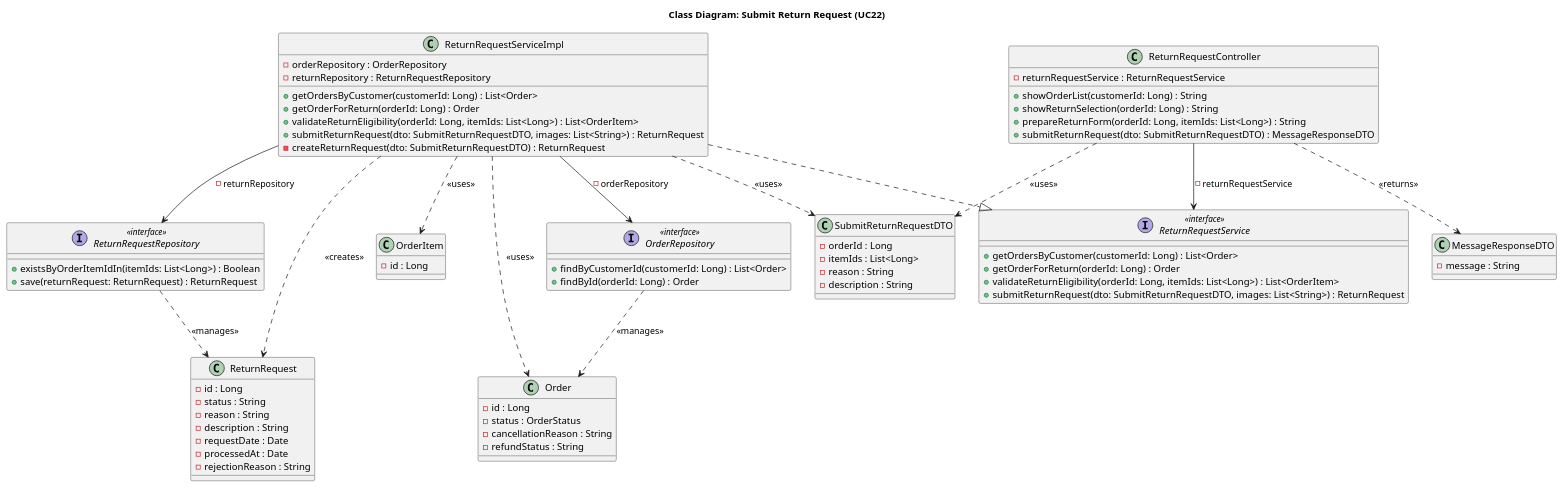
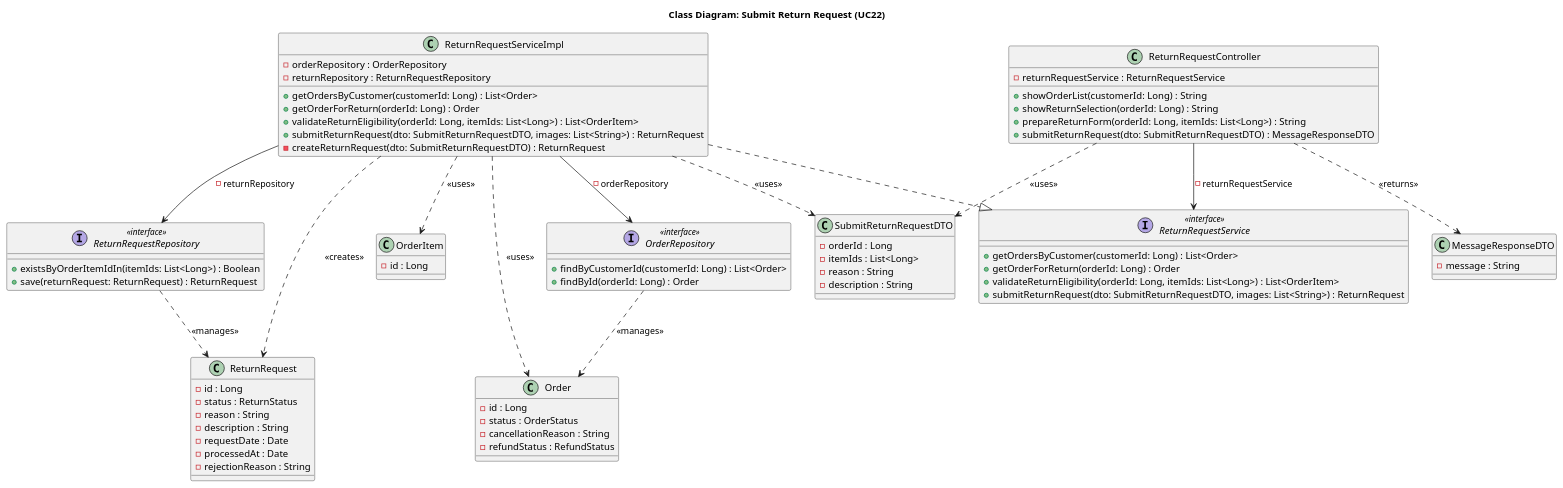
The diagram in src/main/java/org/example/fashionstoresystem/uml/Class/CD22_SubmitReturnRequest.puml (Peterdir/fashion-store-system), drawn with PlantUML before and after one commit. The commit also changed 37 other files, not shown here.

```diff
--- a/src/main/java/org/example/fashionstoresystem/uml/Class/CD22_SubmitReturnRequest.puml
+++ b/src/main/java/org/example/fashionstoresystem/uml/Class/CD22_SubmitReturnRequest.puml
@@ -1,101 +1,101 @@
 @startuml
 title Class Diagram: Submit Return Request (UC22)
 
 ' Controller
 class ReturnRequestController {
     - returnRequestService : ReturnRequestService
     + showOrderList(customerId: Long) : String
     + showReturnSelection(orderId: Long) : String
     + prepareReturnForm(orderId: Long, itemIds: List<Long>) : String
     + submitReturnRequest(dto: SubmitReturnRequestDTO) : MessageResponseDTO
 }
 
 ' Service
 interface ReturnRequestService <<interface>> {
     + getOrdersByCustomer(customerId: Long) : List<Order>
     + getOrderForReturn(orderId: Long) : Order
     + validateReturnEligibility(orderId: Long, itemIds: List<Long>) : List<OrderItem>
     + submitReturnRequest(dto: SubmitReturnRequestDTO, images: List<String>) : ReturnRequest
 }
 
 class ReturnRequestServiceImpl {
     - orderRepository : OrderRepository
     - returnRepository : ReturnRequestRepository
     + getOrdersByCustomer(customerId: Long) : List<Order>
     + getOrderForReturn(orderId: Long) : Order
     + validateReturnEligibility(orderId: Long, itemIds: List<Long>) : List<OrderItem>
     + submitReturnRequest(dto: SubmitReturnRequestDTO, images: List<String>) : ReturnRequest
     - createReturnRequest(dto: SubmitReturnRequestDTO) : ReturnRequest
 }
 
 ' Repository
 interface OrderRepository <<interface>> {
     + findByCustomerId(customerId: Long) : List<Order>
     + findById(orderId: Long) : Order
 }
 
 interface ReturnRequestRepository <<interface>> {
     + existsByOrderItemIdIn(itemIds: List<Long>) : Boolean
     + save(returnRequest: ReturnRequest) : ReturnRequest
 }
 
 ' DTO
 
 class SubmitReturnRequestDTO {
     - orderId : Long
     - itemIds : List<Long>
     - reason : String
     - description : String
 }
 
 class MessageResponseDTO {
     - message : String
 }
 
 ' Entity
 
 class ReturnRequest {
     - id : Long
-    - status : String
+    - status : ReturnStatus
     - reason : String
     - description : String
     - requestDate : Date
     - processedAt : Date
     - rejectionReason : String
 }
 
 class Order {
     - id : Long
     - status : OrderStatus
     - cancellationReason : String
-    - refundStatus : String
+    - refundStatus : RefundStatus
 }
 
 class OrderItem {
     - id : Long
 }
 
 ' Relationships
 
 ' Implementation
 ReturnRequestServiceImpl ..|> ReturnRequestService
 
 ' Dependency Injection
 ReturnRequestController --> ReturnRequestService : - returnRequestService
 ReturnRequestServiceImpl --> OrderRepository : - orderRepository
 ReturnRequestServiceImpl --> ReturnRequestRepository : - returnRepository
 
 ' Object Usage
 ReturnRequestController ..> SubmitReturnRequestDTO : <<uses>>
 ReturnRequestController ..> MessageResponseDTO : <<returns>>
 ReturnRequestServiceImpl ..> SubmitReturnRequestDTO : <<uses>>
 
 ReturnRequestServiceImpl ..> ReturnRequest : <<creates>>
 ReturnRequestRepository ..> ReturnRequest : <<manages>>
 
 ReturnRequestServiceImpl ..> Order : <<uses>>
 OrderRepository ..> Order : <<manages>>
 
 ReturnRequestServiceImpl ..> OrderItem : <<uses>>
 
 @enduml
```
